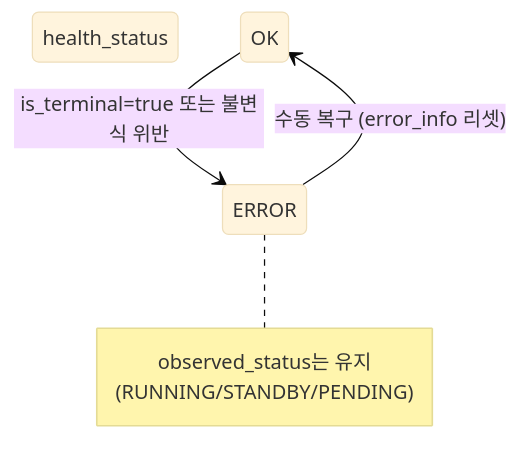
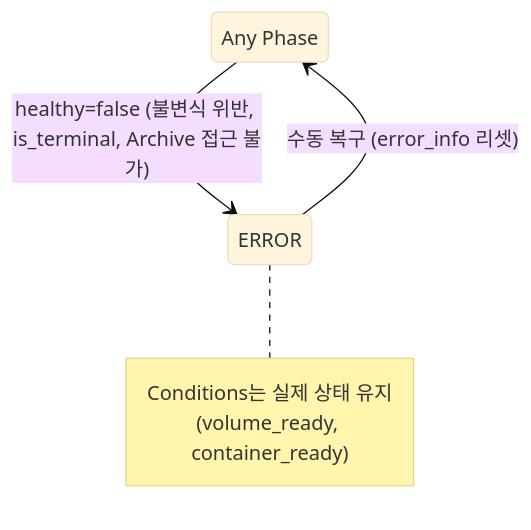
The third of 7 diagrams in docs/spec_v2/02-states.md (cagojeiger/code-hub), drawn with Mermaid (base theme) before and after one commit. The commit also changed other lines of this file and 2 other files, not shown here.

````diff
--- a/docs/spec_v2/02-states.md
+++ b/docs/spec_v2/02-states.md
@@ -123,15 +149,14 @@
 ```mermaid
 stateDiagram-v2
     direction TB
-    state "health_status" as health
-    state "OK" as ok
+    state "Any Phase" as any
     state "ERROR" as error
 
-    ok --> error: is_terminal=true 또는 불변식 위반
-    error --> ok: 수동 복구 (error_info 리셋)
+    any --> error: healthy=false (불변식 위반, is_terminal, Archive 접근 불가)
+    error --> any: 수동 복구 (error_info 리셋)
 
     note right of error
-        observed_status는 유지
-        (RUNNING/STANDBY/PENDING)
+        Conditions는 실제 상태 유지
+        (volume_ready, container_ready)
     end note
 ```
````
